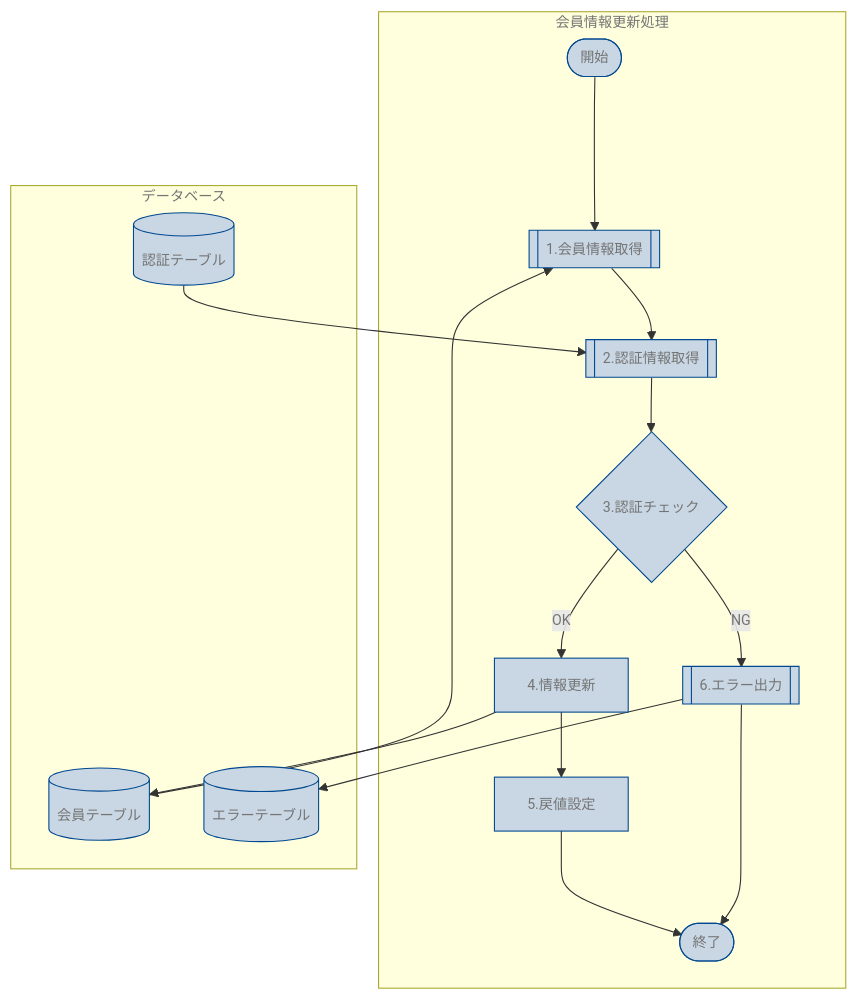
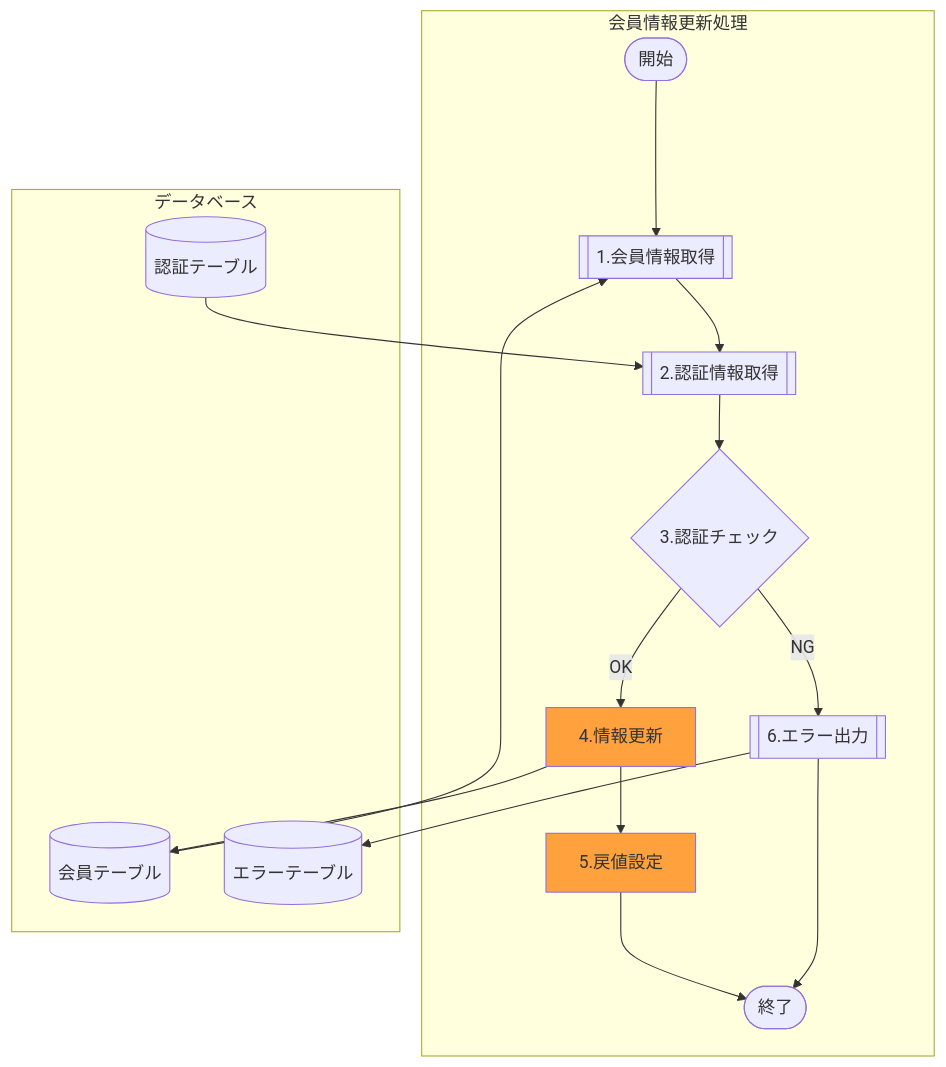
Before and after one commit to ChaosReadman/MDFILETEST: the second of 2 diagrams in API001.md, drawn with Mermaid. The commit also changed other lines of this file, not shown here.

Commit message:
新規プロシージャ用の塗り設定追加

````diff
--- a/API001.md
+++ b/API001.md
@@ -60,46 +44,37 @@
 ```mermaid
 %%{init: 
-{
-  "theme": "default",
-  "themeVariables": {
-    "nodeBorder" : "#004990",
-    "mainBkg" : "#c9d7e4",
-    "actorBkg" : "#01A6F0",
-    "signalColor" : "#F34F1C",
-    "textColor" : "#747474",
-    "loopTextColor" : "#C7C7C7",
-    "labelTextColor" : "#C7C7C7",
-    "labelBoxBorderColor" : "#7FBC00",
-    "labelBoxBkgColor" : "#7FBC00",
-    "noteBkgColor" : "#FFBA01",
-    "noteBorderColor": "#FFBA01",
-    "fontFamily": "Inter",
-    "fontSize": "13px"
- }
-}
+    {
+        "theme": "default",
+    }
 }%%
-flowchart TB
-    %% 全体処理をつないでいく
+flowchart TD
+    %% 新規実装機能の色設定
+    classDef newProc fill:#ffa23e
+
     subgraph 会員情報更新処理
+        %% 全体処理をつないでいく
         StartProc([開始]) --->
         GetKaiin[[1.会員情報取得]] --> 
         GetAuth[[2.認証情報取得]] --> AuthCheck
         %% OKパターン
         AuthCheck{3.認証チェック} --> |OK| UpdateInfo
-        UpdateInfo[4.情報更新]-->
-        SetReturnValue[5.戻値設定]-->
+        UpdateInfo[4.情報更新]:::newProc -->
+        SetReturnValue[5.戻値設定]:::newProc-->
         EndProc([終了])
         %% NGパターン
         AuthCheck --> |NG| ErrOut
         ErrOut[[6.エラー出力]]
         ErrOut-->EndProc
     end
     
-    %% テーブル関連の記述
+    style UpdateInfo fill:#ffa23e
+    style SetReturnValue fill:#ffa23e
+    
     subgraph データベース
+        %% テーブル関連の記述
         KaiinTbl[(会員テーブル)] --> GetKaiin
         AuthTbl[(認証テーブル)] --> GetAuth
         UpdateInfo --> KaiinTbl
         ErrOut --> ErrTbl[(エラーテーブル)]
     end
 ```
````
